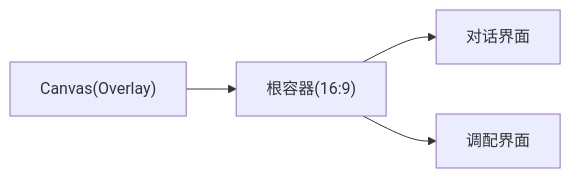
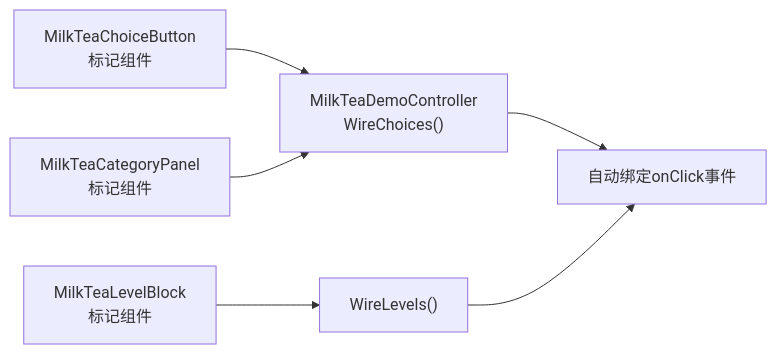
The fourth of 6 diagrams in .qoder/repowiki/zh/content/UI架构设计.md (Thanatos42/-demo), drawn with Mermaid before and after one commit. The commit also changed other lines of this file and 16 other files, not shown here.

````diff
--- a/.qoder/repowiki/zh/content/UI架构设计.md
+++ b/.qoder/repowiki/zh/content/UI架构设计.md
@@ -88,6 +146,8 @@
 ```mermaid
 graph LR
-C["Canvas(Overlay)"] --> R["根容器(16:9)"]
-R --> D["对话界面"]
-R --> M["调配界面"]
+A["MilkTeaChoiceButton<br/>标记组件"] --> B["MilkTeaDemoController<br/>WireChoices()"]
+C["MilkTeaCategoryPanel<br/>标记组件"] --> B
+D["MilkTeaLevelBlock<br/>标记组件"] --> E["WireLevels()"]
+B --> F["自动绑定onClick事件"]
+E --> F
 ```
````
